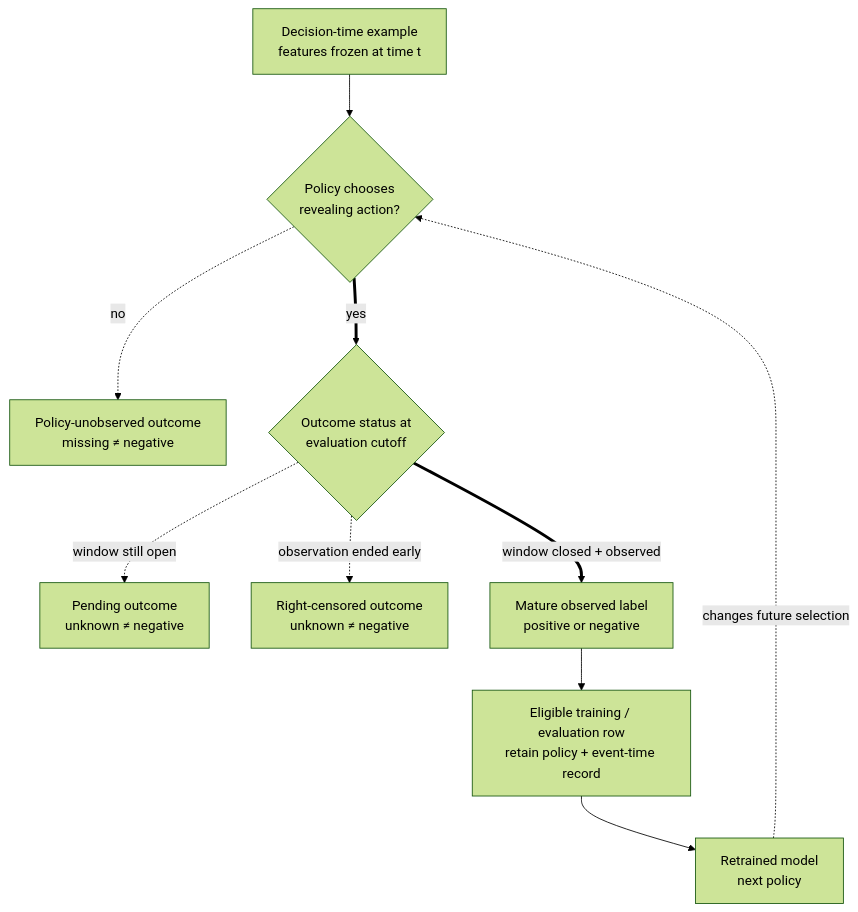
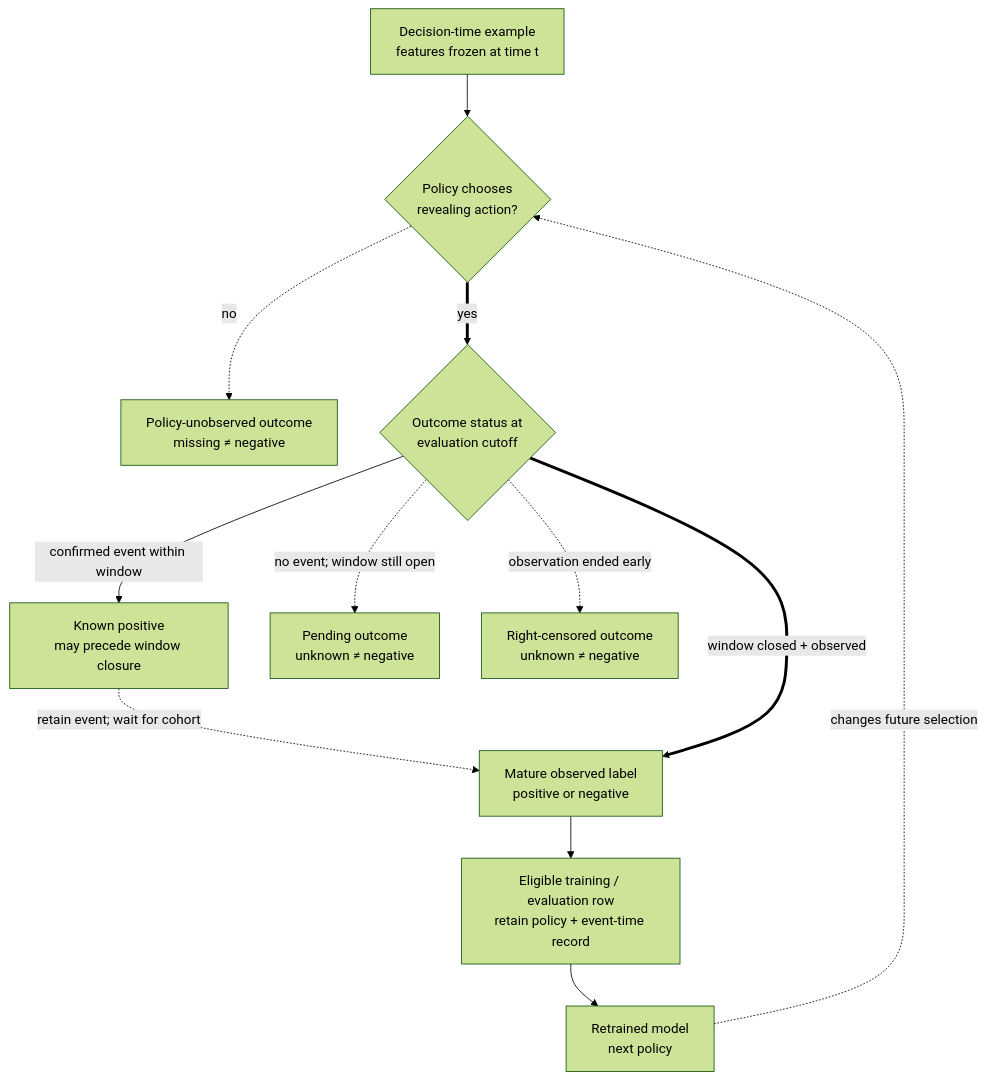
One commit to mlmentorship/mlmentorship.github.io changed the diagram in src/content/posts/2026-08-28-delayed-labels-selective-labels-feedback-loops.md. Above: the diagram before and after it, drawn with Mermaid (forest theme). The commit also changed other lines of this file and 302 other files, not shown here.

````diff
--- a/src/content/posts/2026-08-28-delayed-labels-selective-labels-feedback-loops.md
+++ b/src/content/posts/2026-08-28-delayed-labels-selective-labels-feedback-loops.md
@@ -25,20 +28,22 @@
 ```mermaid
 flowchart TB
 	accTitle: Policy selection and label maturity gate the next training set
-	accDescr: A model policy chooses an action for an example. If the action that would reveal the outcome is not taken, the counterfactual label is missing and must not be recorded as negative. If the action is taken, the outcome may still be pending while its window remains open, right-censored if observation ends early, or a mature positive or negative only after the window closes and the outcome is observed. Only mature observed labels enter ordinary training and evaluation. Retraining on that selected subset produces the next policy, which changes which actions and labels will be observed in the next cycle.
+	accDescr: Policy selection determines whether the target outcome can be observed. A confirmed event can establish a positive before window closure. Without a confirmed event, an open window is pending; incomplete follow-up is censored. Complete follow-up establishes fixed-window negatives. Ordinary mature-cohort evaluation waits for the cohort boundary. Retraining changes which outcomes the next policy reveals.
 	E["Decision-time example<br/>features frozen at time t"] --> P{"Policy chooses<br/>revealing action?"}
 	P -.->|"no"| M["Policy-unobserved outcome<br/>missing ≠ negative"]
 	P ==>|"yes"| W{"Outcome status at<br/>evaluation cutoff"}
-	W -.->|"window still open"| D["Pending outcome<br/>unknown ≠ negative"]
+	W -->|"confirmed event within window"| K["Known positive<br/>may precede window closure"]
+	K -.->|"retain event; wait for cohort"| O
+	W -.->|"no event; window still open"| D["Pending outcome<br/>unknown ≠ negative"]
 	W -.->|"observation ended early"| C["Right-censored outcome<br/>unknown ≠ negative"]
 	W ==>|"window closed + observed"| O["Mature observed label<br/>positive or negative"]
 	O --> T["Eligible training / evaluation row<br/>retain policy + event-time record"]
 	T --> N["Retrained model<br/>next policy"]
 	N -.->|"changes future selection"| P
 	class E viz-input
 	class P,W viz-focus
 	class M,D,C viz-warning
 	class O,T viz-state
 	class N viz-output
 	class E viz-wide
 ```
````
